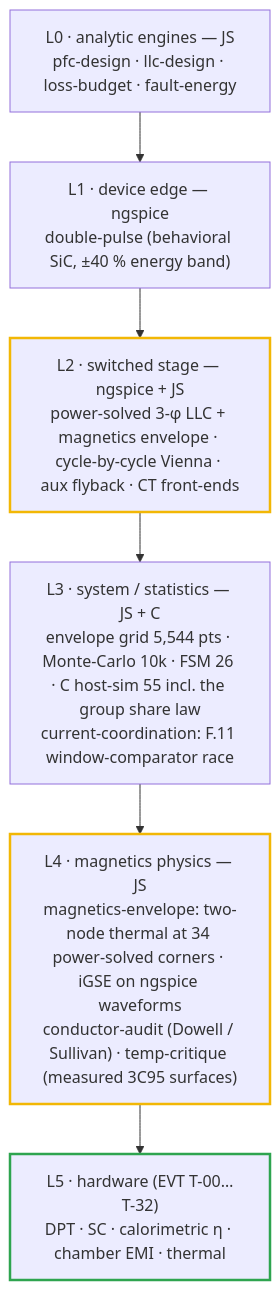
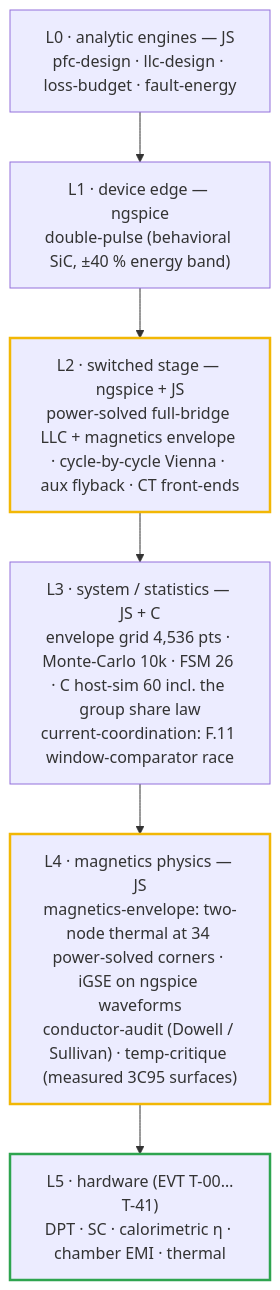
One commit to vectivolt/DC-Modules changed the first of 2 diagrams in docs/simulation-toolchain.md. Above: the diagram before and after it, drawn with Mermaid. The commit also changed other lines of this file and 121 other files, not shown here.

````diff
--- a/docs/simulation-toolchain.md
+++ b/docs/simulation-toolchain.md
@@ -27,13 +27,13 @@
 ```mermaid
 flowchart TB
-  L5["L5 · hardware (EVT T-00…T-32)<br/>DPT · SC · calorimetric η · chamber EMI · thermal"]
+  L5["L5 · hardware (EVT T-00…T-41)<br/>DPT · SC · calorimetric η · chamber EMI · thermal"]
   L4["L4 · magnetics physics — JS<br/>magnetics-envelope: two-node thermal at 34 power-solved corners · iGSE on ngspice waveforms<br/>conductor-audit (Dowell / Sullivan) · temp-critique (measured 3C95 surfaces)"]
-  L3["L3 · system / statistics — JS + C<br/>envelope grid 5,544 pts · Monte-Carlo 10k · FSM 26 · C host-sim 55 incl. the group share law<br/>current-coordination: F.11 window-comparator race"]
-  L2["L2 · switched stage — ngspice + JS<br/>power-solved 3-φ LLC + magnetics envelope · cycle-by-cycle Vienna · aux flyback · CT front-ends"]
+  L3["L3 · system / statistics — JS + C<br/>envelope grid 4,536 pts · Monte-Carlo 10k · FSM 26 · C host-sim 60 incl. the group share law<br/>current-coordination: F.11 window-comparator race"]
+  L2["L2 · switched stage — ngspice + JS<br/>power-solved full-bridge LLC + magnetics envelope · cycle-by-cycle Vienna · aux flyback · CT front-ends"]
   L1["L1 · device edge — ngspice<br/>double-pulse (behavioral SiC, ±40 % energy band)"]
   L0["L0 · analytic engines — JS<br/>pfc-design · llc-design · loss-budget · fault-energy"]
   L0 --> L1 --> L2 --> L3 --> L4 --> L5
   style L2 stroke:#f2b705,stroke-width:2.5px
   style L4 stroke:#f2b705,stroke-width:2.5px
   style L5 stroke:#2ea44f,stroke-width:2.5px
 ```
````
